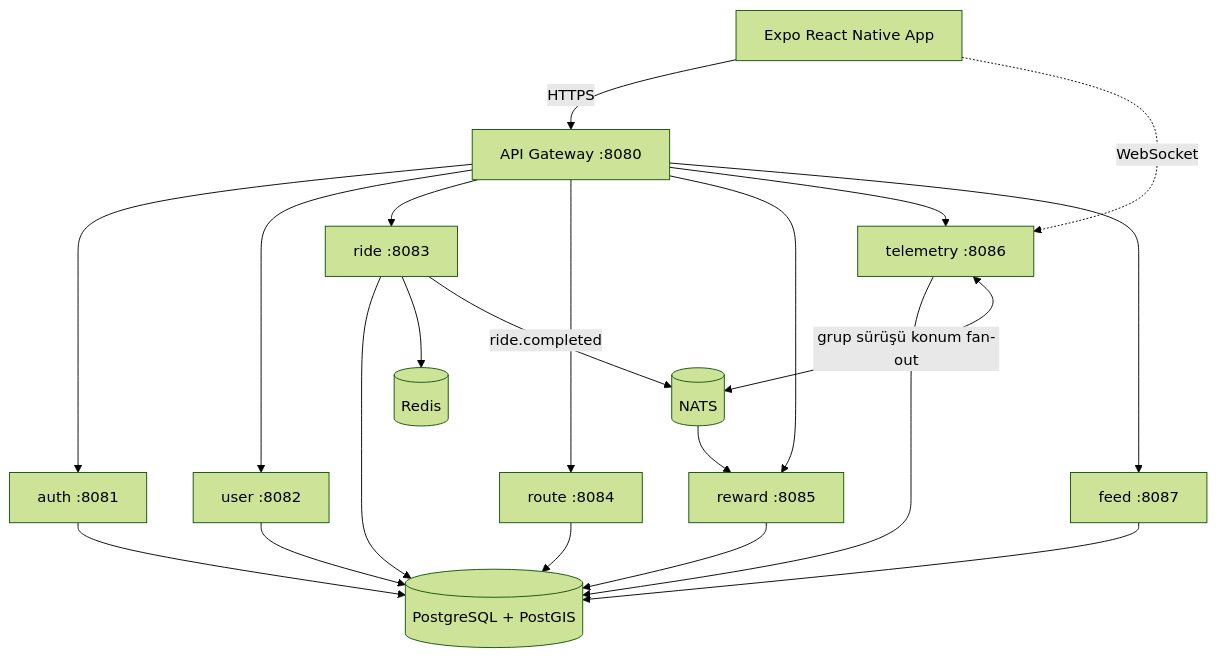
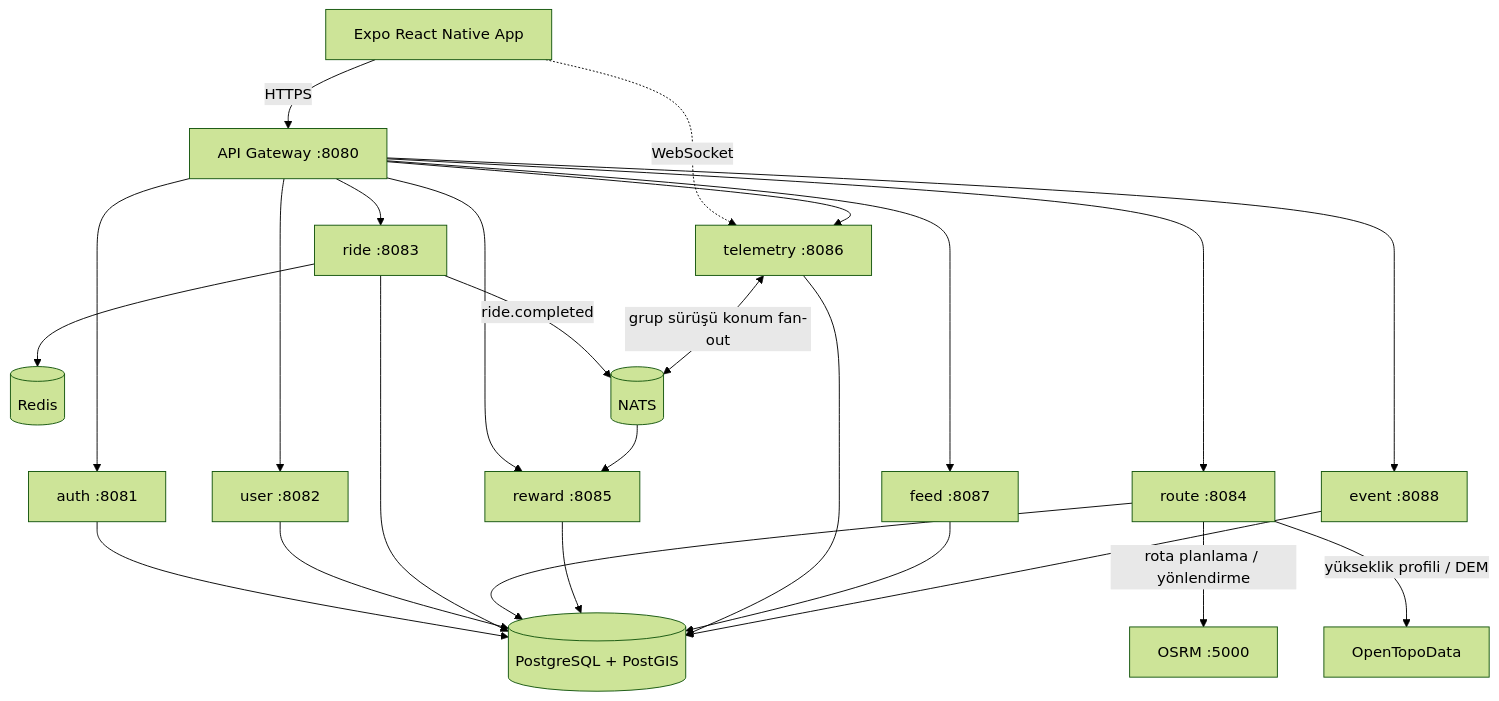
The diagram in README.md (umuteskitoglu/morider-app), drawn with Mermaid (forest theme) before and after one commit. The commit also changed other lines of this file and 9 other files, not shown here.

````diff
--- a/README.md
+++ b/README.md
@@ -31,23 +31,31 @@
 ```mermaid
 flowchart TB
     MobileApp[Expo React Native App] -->|HTTPS| Gateway[API Gateway :8080]
     MobileApp -. WebSocket .-> Telemetry
+
     Gateway --> Auth[auth :8081]
     Gateway --> User[user :8082]
     Gateway --> Ride[ride :8083]
     Gateway --> Route[route :8084]
     Gateway --> Reward[reward :8085]
     Gateway --> Telemetry[telemetry :8086]
     Gateway --> Feed[feed :8087]
+    Gateway --> Event[event :8088]
+
     Auth --> PG[(PostgreSQL + PostGIS)]
     User --> PG
     Ride --> PG
     Route --> PG
     Reward --> PG
     Telemetry --> PG
     Feed --> PG
+    Event --> PG
+
     Ride --> Redis[(Redis)]
     Ride -->|ride.completed| NATS[(NATS)]
     NATS --> Reward
     Telemetry <-->|grup sürüşü konum fan-out| NATS
+
+    Route -->|rota planlama / yönlendirme| OSRM[OSRM :5000]
+    Route -->|yükseklik profili / DEM| OTD[OpenTopoData]
 ```
````
